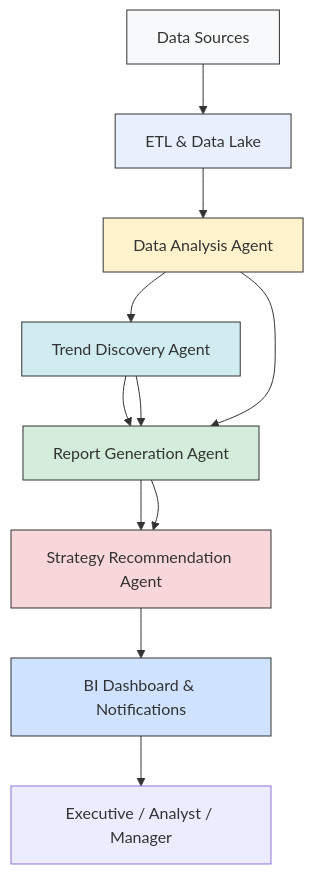
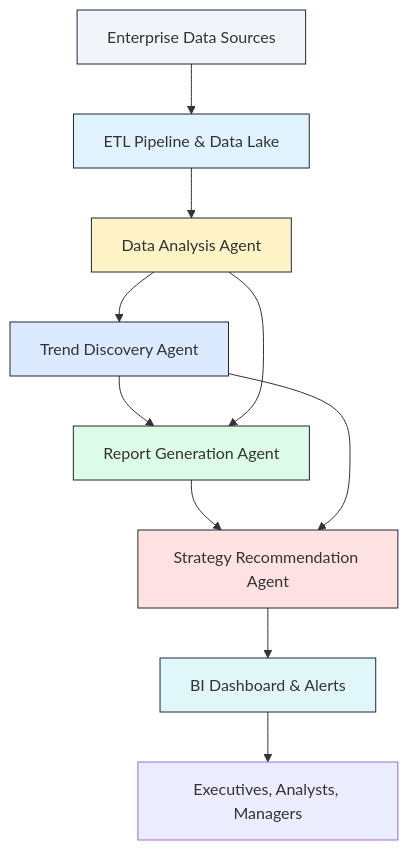
The first of 3 diagrams in PROJECT_FLOW.md (anjalibharath712-sys/omprakash), drawn with Mermaid before and after one commit. The commit also changed other lines of this file, not shown here.

````diff
--- a/PROJECT_FLOW.md
+++ b/PROJECT_FLOW.md
@@ -36,20 +39,19 @@
 ```mermaid
 flowchart TD
-  A[Data Sources] --> B[ETL & Data Lake]
-  B --> C[Data Analysis Agent]
-  C --> D[Trend Discovery Agent]
-  D --> E[Report Generation Agent]
-  E --> F[Strategy Recommendation Agent]
-  F --> G[BI Dashboard & Notifications]
-  G --> H[Executive / Analyst / Manager]
-  D --> E
-  C --> E
-  E --> F
-  style A fill:#f8f9fa,stroke:#333,stroke-width:1
-  style B fill:#e8f0fe,stroke:#333,stroke-width:1
-  style C fill:#fff3cd,stroke:#333,stroke-width:1
-  style D fill:#d1ecf1,stroke:#333,stroke-width:1
-  style E fill:#d4edda,stroke:#333,stroke-width:1
-  style F fill:#f8d7da,stroke:#333,stroke-width:1
-  style G fill:#cfe2ff,stroke:#333,stroke-width:1
+  Source[Enterprise Data Sources] --> ETL[ETL Pipeline & Data Lake]
+  ETL --> Analysis[Data Analysis Agent]
+  Analysis --> Trend[Trend Discovery Agent]
+  Trend --> Report[Report Generation Agent]
+  Report --> Strategy[Strategy Recommendation Agent]
+  Strategy --> Dashboard[BI Dashboard & Alerts]
+  Dashboard --> Users[Executives, Analysts, Managers]
+  Analysis --> Report
+  Trend --> Strategy
+  style Source fill:#f1f5f9,stroke:#1f2937
+  style ETL fill:#e0f2fe,stroke:#1f2937
+  style Analysis fill:#fef3c7,stroke:#1f2937
+  style Trend fill:#dbeafe,stroke:#1f2937
+  style Report fill:#dcfce7,stroke:#1f2937
+  style Strategy fill:#fee2e2,stroke:#1f2937
+  style Dashboard fill:#e0f7fa,stroke:#1f2937
 ```
````
